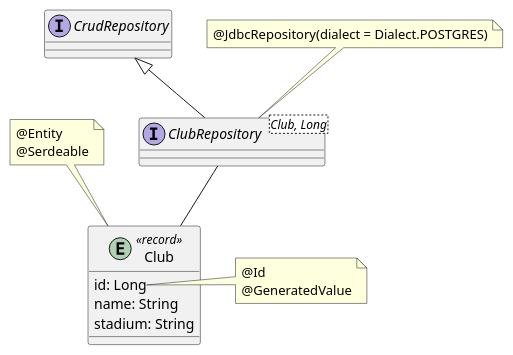
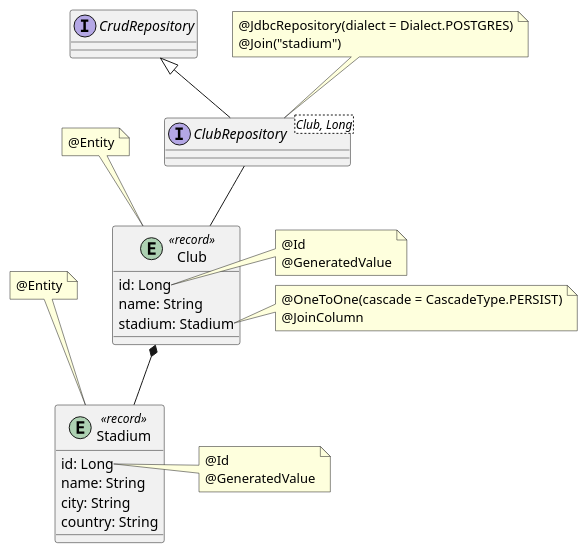
Before and after one commit to alvarosanchez/micronaut-workshop: the first of 4 diagrams in lab02.adoc, drawn with PlantUML. The commit also changed other lines of this file and 19 other files, not shown here.

```diff
--- a/lab02.adoc
+++ b/lab02.adoc
@@ -79,24 +80,43 @@
 [plantuml, entity-model, png]
 ....
 entity Club <<record>> {
   id: Long
   name: String
-  stadium: String
+  stadium: Stadium
 }
 note top of Club
   @Entity
-  @Serdeable
 end note
 note right of Club::id
+  @Id
+  @GeneratedValue
+end note
+note right of Club::stadium
+  @OneToOne(cascade = CascadeType.PERSIST)
+  @JoinColumn
+end note
+
+entity Stadium <<record>> {
+  id: Long
+  name: String
+  city: String
+  country: String
+}
+note top of Stadium
+  @Entity
+end note
+note right of Stadium::id
   @Id
   @GeneratedValue
 end note
 
 interface CrudRepository {}
 interface ClubRepository<Club, Long> {}
 note top of ClubRepository
   @JdbcRepository(dialect = Dialect.POSTGRES)
+  @Join("stadium")
 end note
 CrudRepository <|-- ClubRepository
 ClubRepository -- Club
+Club *-- Stadium
 ....
```
